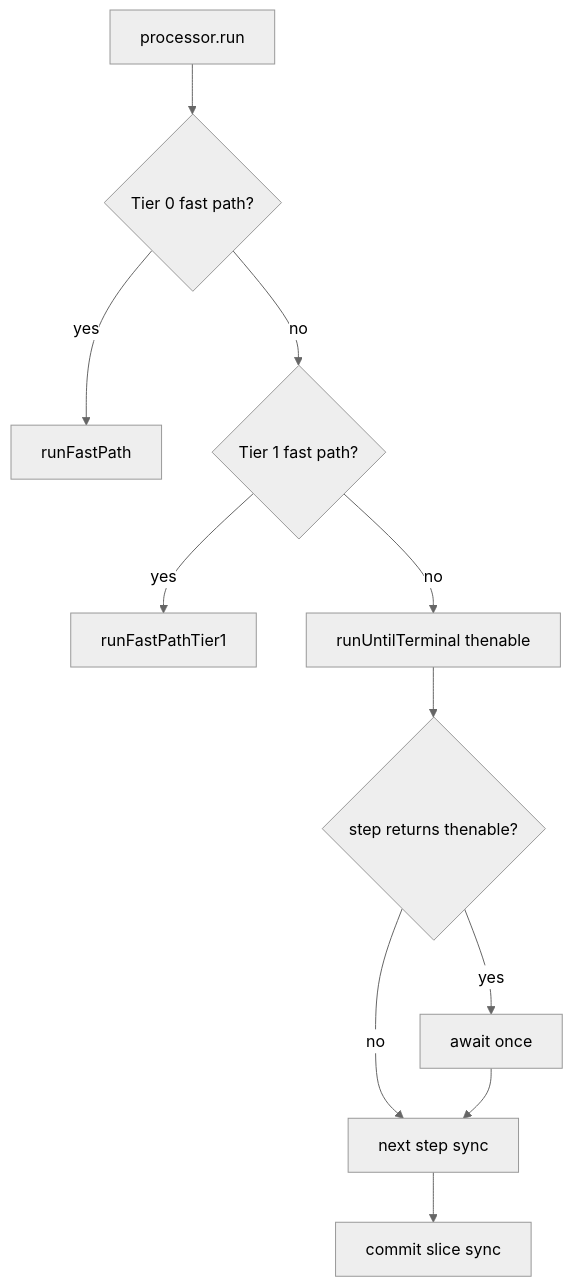
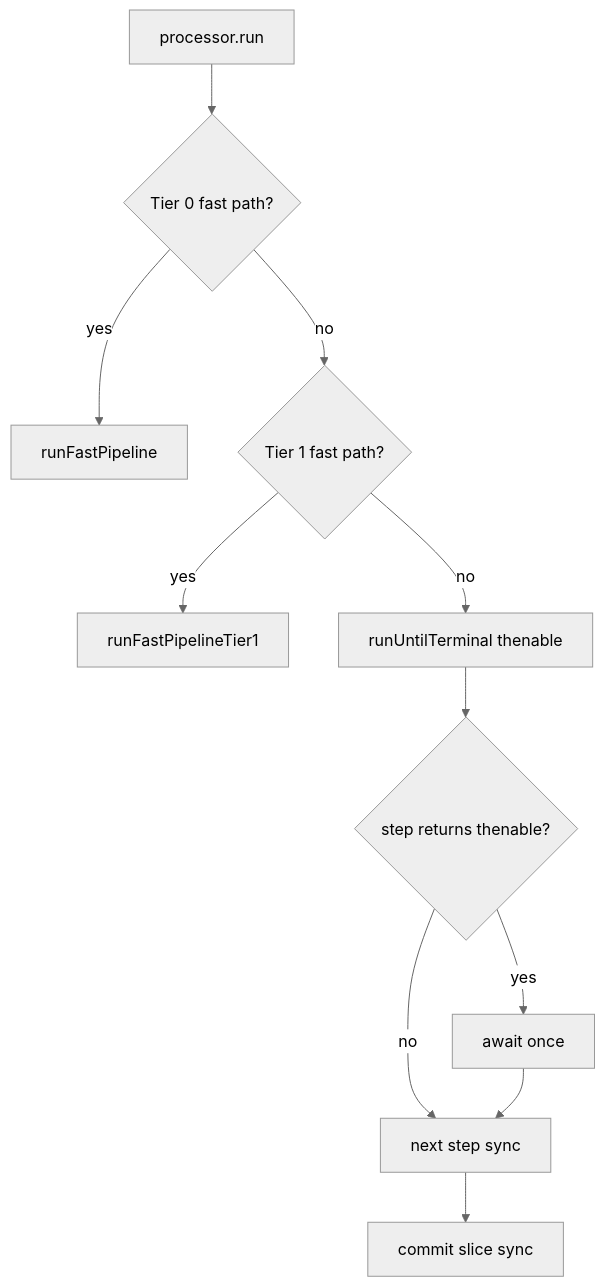
One commit to aura-ui/router changed the diagram in docs/todo/PIPELINE_STEP_RUNNER.md. Above: the diagram before and after it, drawn with Mermaid (neutral theme). The commit also changed other lines of this file and 18 other files, not shown here.

````diff
--- a/docs/todo/PIPELINE_STEP_RUNNER.md
+++ b/docs/todo/PIPELINE_STEP_RUNNER.md
@@ -248,13 +248,13 @@
 ```mermaid
 flowchart TD
   START[processor.run] --> FP0{Tier 0 fast path?}
-  FP0 -->|yes| FAST0[runFastPath]
+  FP0 -->|yes| FAST0[runFastPipeline]
   FP0 -->|no| FP1{Tier 1 fast path?}
-  FP1 -->|yes| FAST1[runFastPathTier1]
+  FP1 -->|yes| FAST1[runFastPipelineTier1]
   FP1 -->|no| FULL[runUntilTerminal thenable]
   FULL --> SYNC{step returns thenable?}
   SYNC -->|no| NEXT[next step sync]
   SYNC -->|yes| AWAIT[await once]
   AWAIT --> NEXT
   NEXT --> COMMIT[commit slice sync]
 ```
````
